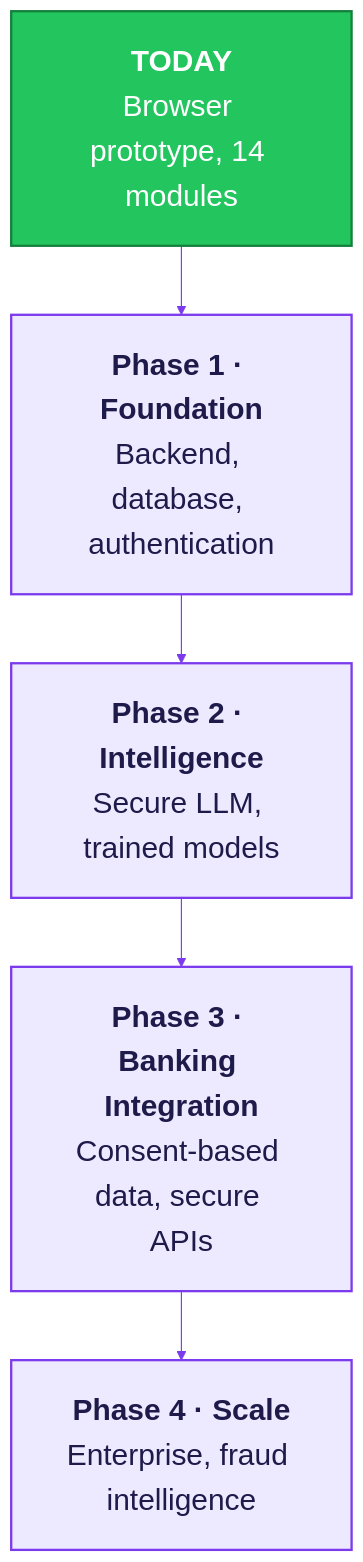
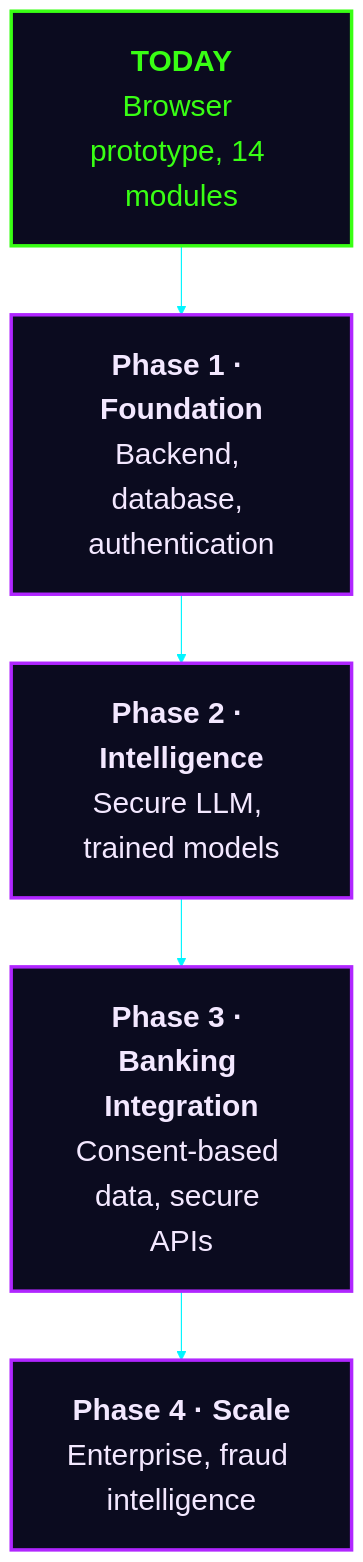
One commit to Mansi232323/MANSHORA changed diagram 13 of 13 in README.md. Above: the diagram before and after it, drawn with Mermaid. The commit also changed other lines of this file, not shown here.

````diff
--- a/README.md
+++ b/README.md
@@ -548,14 +548,14 @@
 ```mermaid
-%%{init: {'theme':'base','themeVariables':{'fontSize':'26px','lineColor':'#7c3aed'},'flowchart':{'nodeSpacing':40,'rankSpacing':60,'padding':24,'htmlLabels':true}}}%%
+%%{init: {'theme':'base','themeVariables':{'fontSize':'26px','lineColor':'#00f5ff','clusterBkg':'#0b0b1f','clusterBorder':'#ff00e5','titleColor':'#ff00e5','edgeLabelBackground':'#0b0b1f'},'flowchart':{'nodeSpacing':40,'rankSpacing':60,'padding':24,'htmlLabels':true}}}%%
 flowchart TB
     P0["<b>TODAY</b><br/>Browser prototype, 14 modules"]
     P1["<b>Phase 1 · Foundation</b><br/>Backend, database, authentication"]
     P2["<b>Phase 2 · Intelligence</b><br/>Secure LLM, trained models"]
     P3["<b>Phase 3 · Banking Integration</b><br/>Consent-based data, secure APIs"]
     P4["<b>Phase 4 · Scale</b><br/>Enterprise, fraud intelligence"]
     P0 --> P1 --> P2 --> P3 --> P4
-    classDef done fill:#22c55e,stroke:#15803d,stroke-width:2px,color:#ffffff
-    classDef next fill:#ede9fe,stroke:#7c3aed,stroke-width:2px,color:#1e1b4b
+    classDef done fill:#0b0b1f,stroke:#39ff14,stroke-width:3px,color:#39ff14
+    classDef next fill:#0b0b1f,stroke:#b026ff,stroke-width:3px,color:#f3e8ff
     class P0 done
     class P1,P2,P3,P4 next
 ```
````
